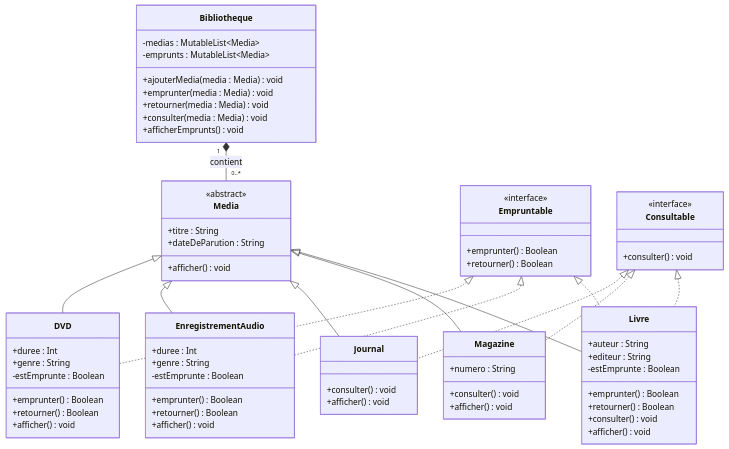
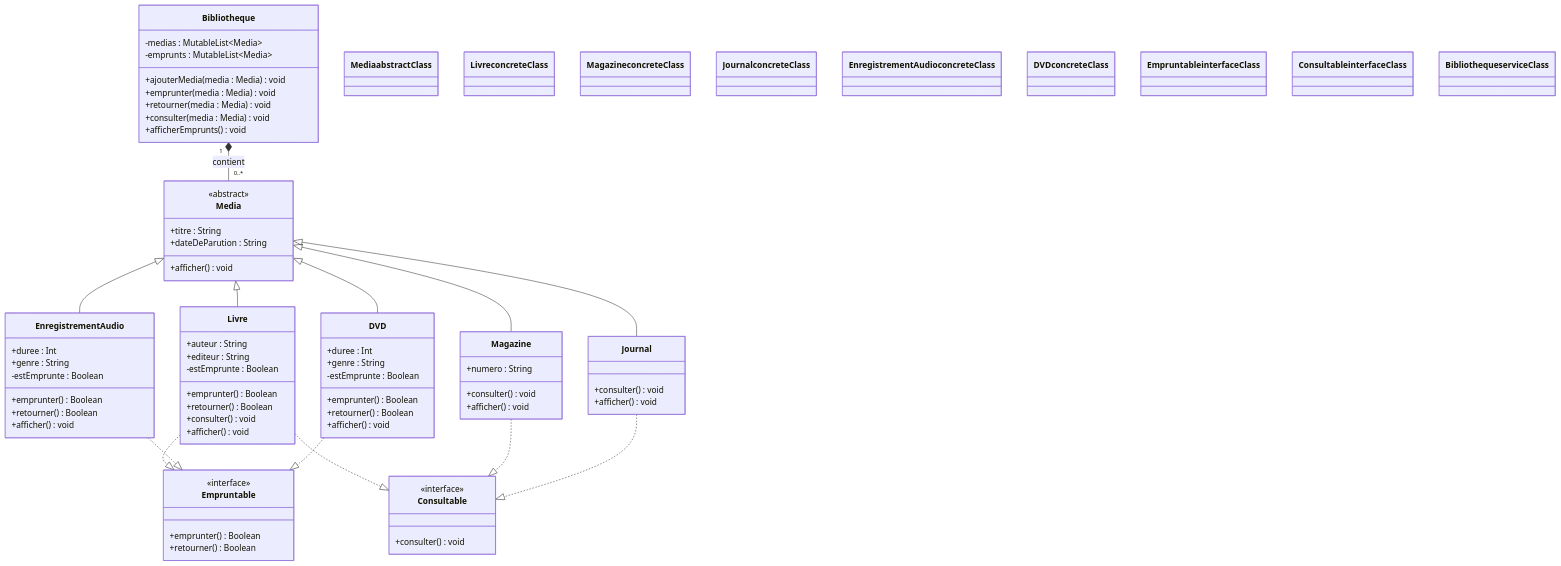
Before and after one commit to DARK-SHAD0W/Kotlin-Gestion-Bibliotheque: the diagram in README.md, drawn with Mermaid. The commit also changed other lines of this file, not shown here.

Commit message:
docs: mise a jour du diagramme Mermaid avec interfaces en bas et couleurs par type

````diff
--- a/README.md
+++ b/README.md
@@ -69,23 +69,22 @@
 ```mermaid
 classDiagram
     direction TB
+
+    class Bibliotheque {
+        -medias : MutableList~Media~
+        -emprunts : MutableList~Media~
+        +ajouterMedia(media : Media) void
+        +emprunter(media : Media) void
+        +retourner(media : Media) void
+        +consulter(media : Media) void
+        +afficherEmprunts() void
+    }
 
     class Media {
         <<abstract>>
         +titre : String
         +dateDeParution : String
         +afficher() void
-    }
-
-    class Empruntable {
-        <<interface>>
-        +emprunter() Boolean
-        +retourner() Boolean
-    }
-
-    class Consultable {
-        <<interface>>
-        +consulter() void
     }
 
     class Livre {
@@ -127,15 +126,18 @@
         +afficher() void
     }
 
-    class Bibliotheque {
-        -medias : MutableList~Media~
-        -emprunts : MutableList~Media~
-        +ajouterMedia(media : Media) void
-        +emprunter(media : Media) void
-        +retourner(media : Media) void
-        +consulter(media : Media) void
-        +afficherEmprunts() void
+    class Empruntable {
+        <<interface>>
+        +emprunter() Boolean
+        +retourner() Boolean
     }
+
+    class Consultable {
+        <<interface>>
+        +consulter() void
+    }
+
+    Bibliotheque "1" *-- "0..*" Media : contient
 
     Media <|-- Livre
     Media <|-- Magazine
@@ -143,13 +145,26 @@
     Media <|-- EnregistrementAudio
     Media <|-- DVD
 
-    Empruntable <|.. Livre
-    Empruntable <|.. EnregistrementAudio
-    Empruntable <|.. DVD
+    Livre ..|> Empruntable
+    EnregistrementAudio ..|> Empruntable
+    DVD ..|> Empruntable
 
-    Consultable <|.. Livre
-    Consultable <|.. Magazine
-    Consultable <|.. Journal
+    Livre ..|> Consultable
+    Magazine ..|> Consultable
+    Journal ..|> Consultable
 
-    Bibliotheque "1" *-- "0..*" Media : contient
+    classDef abstractClass fill:#FFD166,stroke:#EF8C00,color:#000000
+    classDef interfaceClass fill:#06D6A0,stroke:#028A5B,color:#000000
+    classDef concreteClass fill:#118AB2,stroke:#073B4C,color:#ffffff
+    classDef serviceClass fill:#EF476F,stroke:#B30026,color:#ffffff
+
+    class Media abstractClass
+    class Livre concreteClass
+    class Magazine concreteClass
+    class Journal concreteClass
+    class EnregistrementAudio concreteClass
+    class DVD concreteClass
+    class Empruntable interfaceClass
+    class Consultable interfaceClass
+    class Bibliotheque serviceClass
 ```
````
